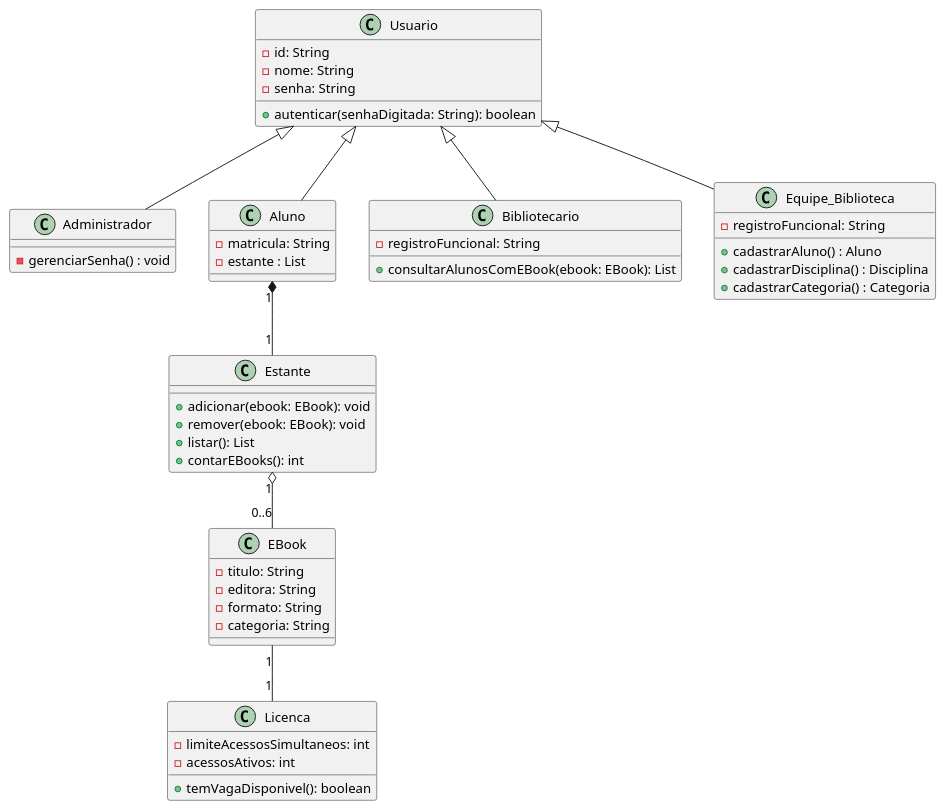
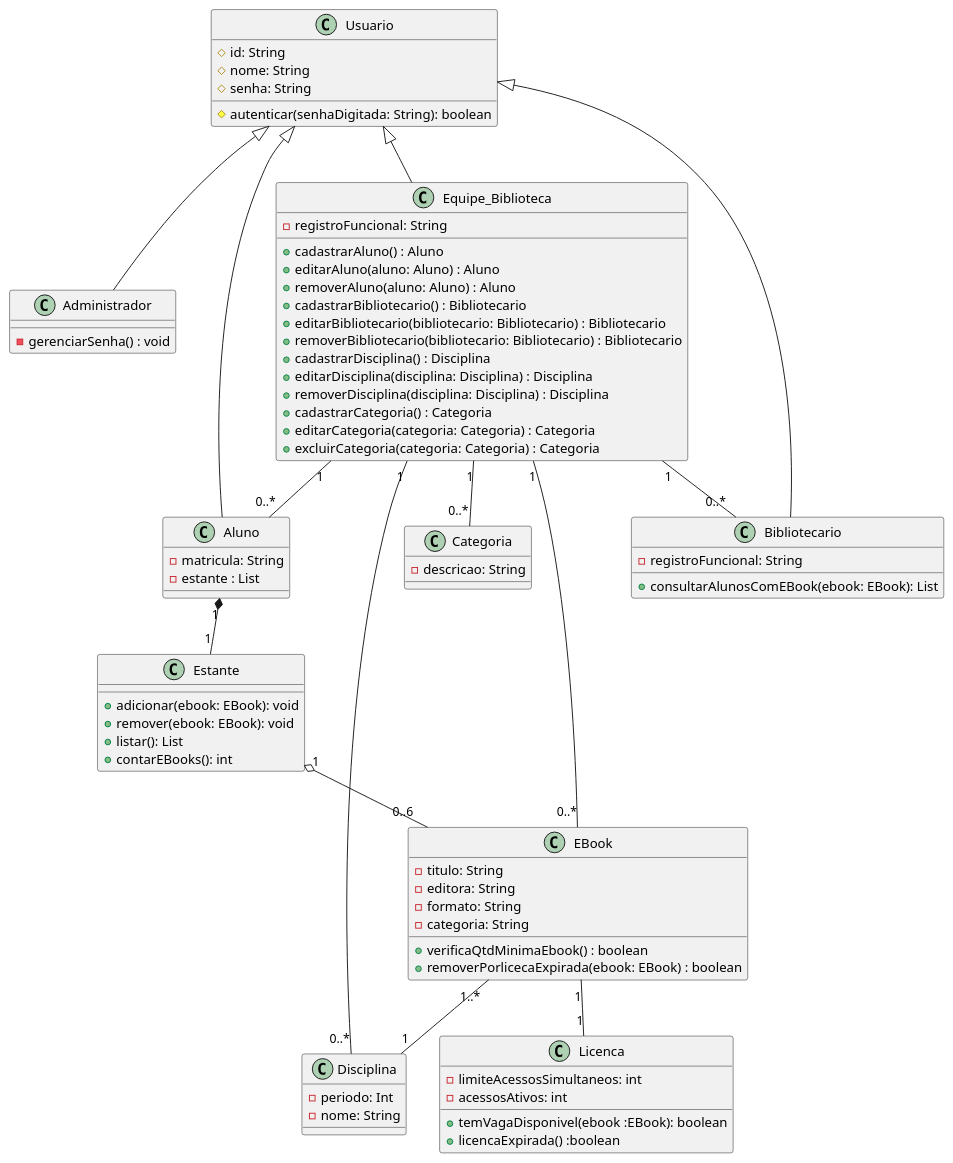
One commit to brunokilo/lab01-ebooks-biblioteca changed the diagram in docs/diagramas/diagrama-de-classe.puml. Above: the diagram before and after it, drawn with PlantUML. The commit also changed 1 other file, not shown here.

Commit message:
diagramas: atualização dos casos de uso e diagrama de classe com novos métodos e ajustes de visibilidade

```diff
--- a/docs/diagramas/diagrama-de-classe.puml
+++ b/docs/diagramas/diagrama-de-classe.puml
@@ -1,60 +1,87 @@
 @startuml diagrama_de_classes_ebooks
 
 class Usuario {
-  -id: String
-  -nome: String
-  -senha: String
-  +autenticar(senhaDigitada: String): boolean
+  #id: String
+  #nome: String
+  #senha: String
+  #autenticar(senhaDigitada: String): boolean
 }
 
 class Administrador{
   -gerenciarSenha() : void
 }
 
 class Aluno {
   -matricula: String
   -estante : List
 }
 
 class Bibliotecario {
   -registroFuncional: String
   +consultarAlunosComEBook(ebook: EBook): List
 }
 
 class Equipe_Biblioteca{
   -registroFuncional: String
   +cadastrarAluno() : Aluno
+  +editarAluno(aluno: Aluno) : Aluno
+  +removerAluno(aluno: Aluno) : Aluno
+  +cadastrarBibliotecario() : Bibliotecario
+  +editarBibliotecario(bibliotecario: Bibliotecario) : Bibliotecario
+  +removerBibliotecario(bibliotecario: Bibliotecario) : Bibliotecario
   +cadastrarDisciplina() : Disciplina
+  +editarDisciplina(disciplina: Disciplina) : Disciplina
+  +removerDisciplina(disciplina: Disciplina) : Disciplina
   +cadastrarCategoria() : Categoria
+  +editarCategoria(categoria: Categoria) : Categoria
+  +excluirCategoria(categoria: Categoria) : Categoria
 
+}
+
+class Disciplina{
+  -periodo: Int
+  -nome: String
+}
+
+class Categoria{
+  -descricao: String
 }
 
 class EBook {
   -titulo: String
   -editora: String
   -formato: String
   -categoria: String
+  +verificaQtdMinimaEbook() : boolean
+  +removerPorlicecaExpirada(ebook: EBook) : boolean
 }
 
 class Licenca {
   -limiteAcessosSimultaneos: int
   -acessosAtivos: int
-  +temVagaDisponivel(): boolean
+  +temVagaDisponivel(ebook :EBook): boolean
+  +licencaExpirada() :boolean
 }
 
 class Estante {
   +adicionar(ebook: EBook): void
   +remover(ebook: EBook): void
   +listar(): List
   +contarEBooks(): int
 }
 
 Usuario <|-- Aluno
 Usuario <|-- Bibliotecario
 Usuario <|-- Equipe_Biblioteca
 Usuario <|-- Administrador
 
 Aluno "1" *-- "1" Estante
 Estante "1" o-- "0..6" EBook
 EBook "1" -- "1" Licenca
+EBook "1..*" -- "1" Disciplina
+Equipe_Biblioteca "1" -- "0..*" Aluno
+Equipe_Biblioteca "1" -- "0..*" Bibliotecario
+Equipe_Biblioteca "1" -- "0..*" EBook
+Equipe_Biblioteca "1" -- "0..*" Disciplina
+Equipe_Biblioteca "1" -- "0..*" Categoria
 @enduml
```
